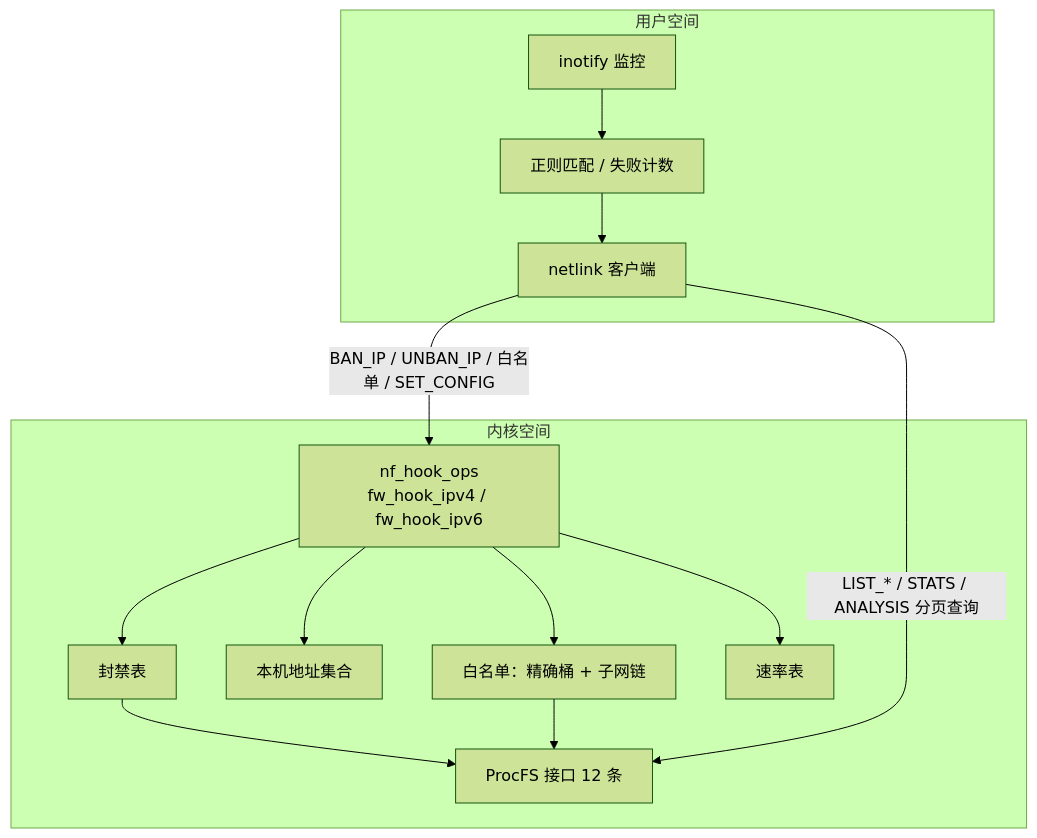
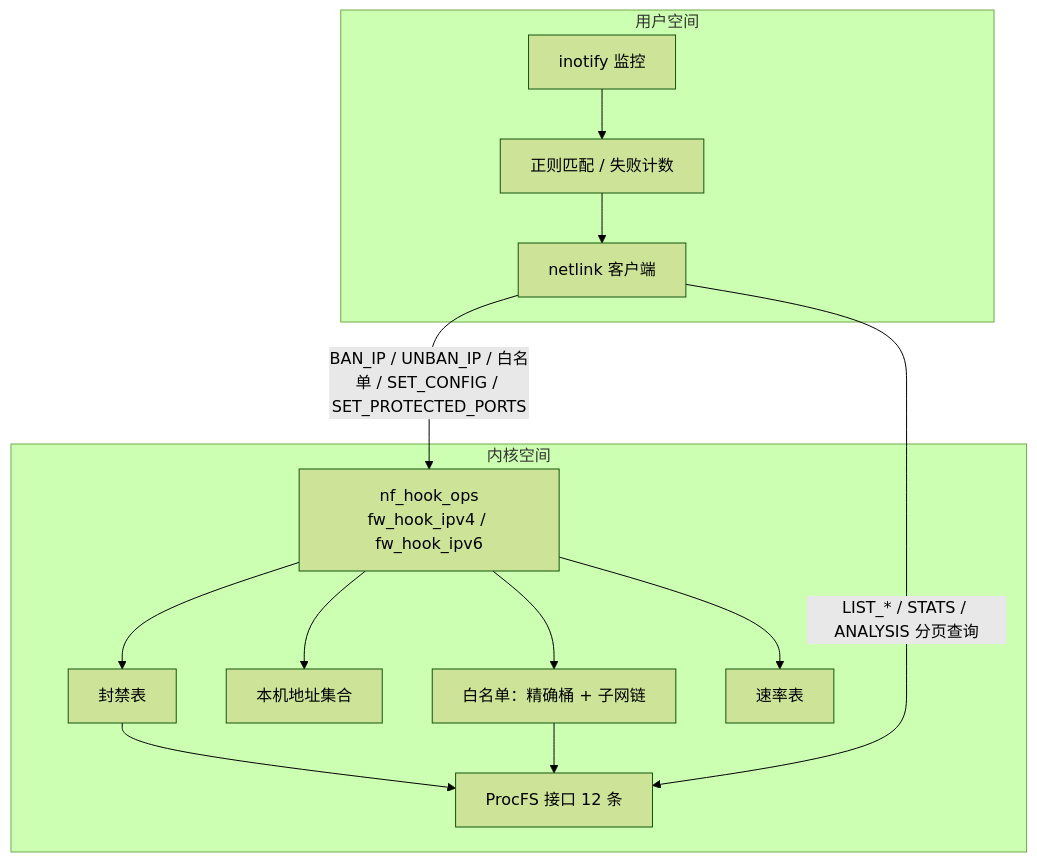
One commit to SnowCore8/linux-firewall-kmod changed the diagram in docs/zh/architecture/README.md. Above: the diagram before and after it, drawn with Mermaid (forest theme). The commit also changed 8 other files, not shown here.

````diff
--- a/docs/zh/architecture/README.md
+++ b/docs/zh/architecture/README.md
@@ -11,29 +11,29 @@
 ```mermaid
 graph TB
     subgraph UserSpace["用户空间"]
         Inotify["inotify 监控"]
         Regex["正则匹配 / 失败计数"]
         NL["netlink 客户端"]
         Inotify --> Regex
         Regex --> NL
     end
 
     subgraph KernelSpace["内核空间"]
         Hook["nf_hook_ops<br/>fw_hook_ipv4 / fw_hook_ipv6"]
         Whitelist["白名单：精确桶 + 子网链"]
         Local["本机地址集合"]
         BanTable["封禁表"]
         RateTable["速率表"]
         ProcFS["ProcFS 接口 12 条"]
 
         Hook --> Whitelist
         Hook --> Local
         Hook --> BanTable
         Hook --> RateTable
         BanTable --> ProcFS
         Whitelist --> ProcFS
     end
 
-    NL -->|"BAN_IP / UNBAN_IP / 白名单 / SET_CONFIG"| Hook
+    NL -->|"BAN_IP / UNBAN_IP / 白名单 / SET_CONFIG / SET_PROTECTED_PORTS"| Hook
     NL -->|"LIST_* / STATS / ANALYSIS 分页查询"| ProcFS
 ```
````
